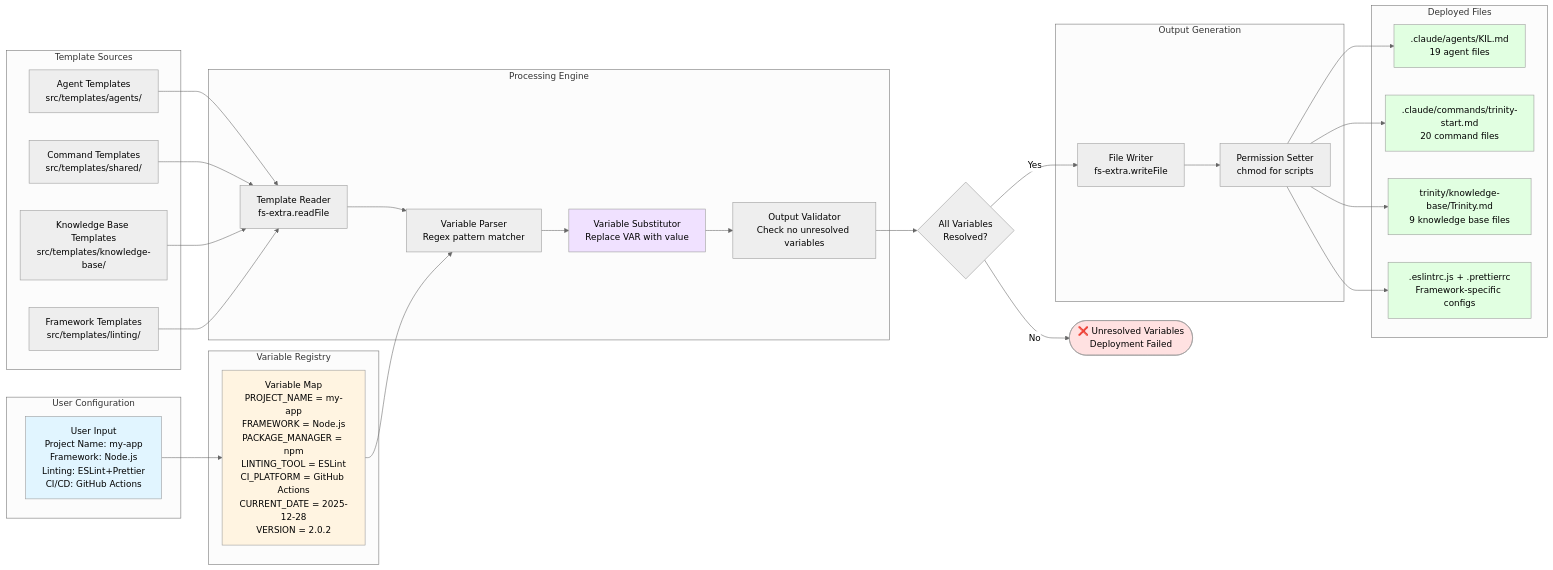
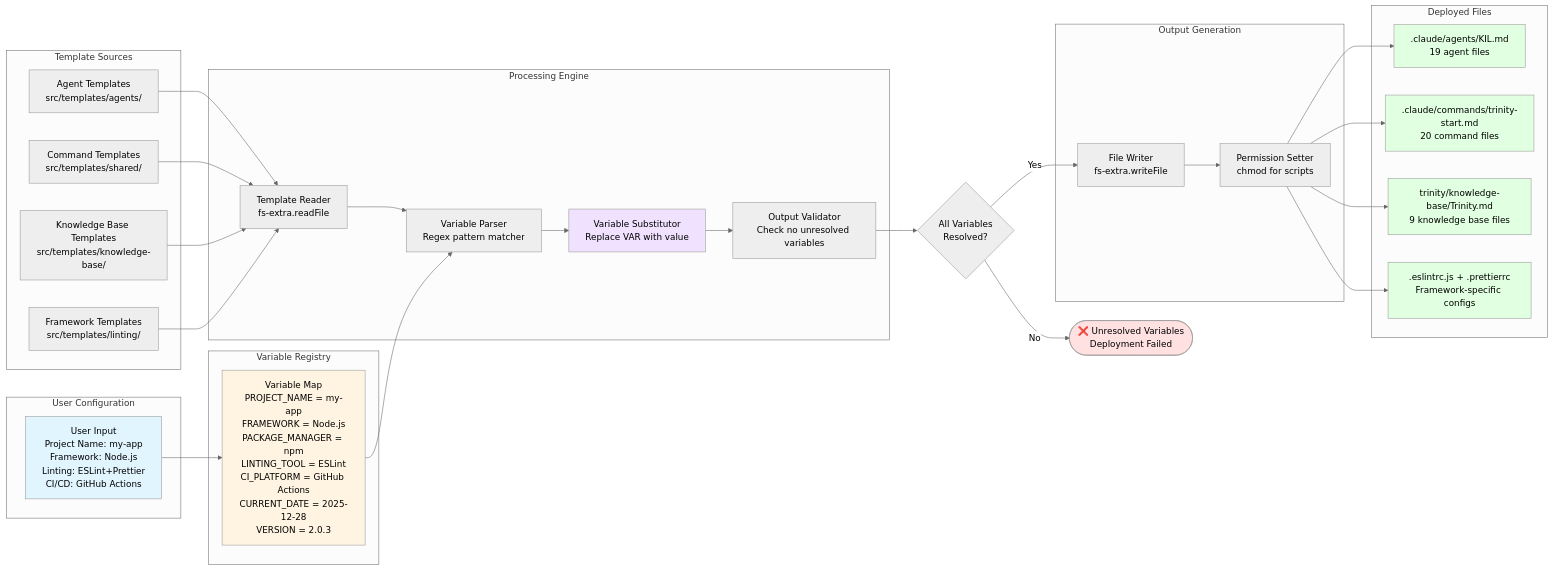
One commit to lukadfagundes/trinity-method-sdk changed the diagram in docs/images/template-processing-pipeline.md. Above: the diagram before and after it, drawn with Mermaid (neutral theme). The commit also changed other lines of this file and 25 other files, not shown here.

````diff
--- a/docs/images/template-processing-pipeline.md
+++ b/docs/images/template-processing-pipeline.md
@@ -3,66 +3,66 @@
 ```mermaid
 flowchart LR
     subgraph "Template Sources"
         T1[Agent Templates<br/>src/templates/agents/]
         T2[Command Templates<br/>src/templates/shared/]
         T3[Knowledge Base Templates<br/>src/templates/knowledge-base/]
         T4[Framework Templates<br/>src/templates/linting/]
     end
 
     subgraph "User Configuration"
         CONFIG[User Input<br/>Project Name: my-app<br/>Framework: Node.js<br/>Linting: ESLint+Prettier<br/>CI/CD: GitHub Actions]
     end
 
     subgraph "Variable Registry"
-        VARS["Variable Map<br/>PROJECT_NAME = my-app<br/>FRAMEWORK = Node.js<br/>PACKAGE_MANAGER = npm<br/>LINTING_TOOL = ESLint<br/>CI_PLATFORM = GitHub Actions<br/>CURRENT_DATE = 2025-12-28<br/>VERSION = 2.0.2"]
+        VARS["Variable Map<br/>PROJECT_NAME = my-app<br/>FRAMEWORK = Node.js<br/>PACKAGE_MANAGER = npm<br/>LINTING_TOOL = ESLint<br/>CI_PLATFORM = GitHub Actions<br/>CURRENT_DATE = 2025-12-28<br/>VERSION = 2.0.3"]
     end
 
     subgraph "Processing Engine"
         READER[Template Reader<br/>fs-extra.readFile]
         PARSER["Variable Parser<br/>Regex pattern matcher"]
         SUBSTITUTOR["Variable Substitutor<br/>Replace VAR with value"]
         VALIDATOR["Output Validator<br/>Check no unresolved variables"]
     end
 
     subgraph "Output Generation"
         WRITER[File Writer<br/>fs-extra.writeFile]
         PERMS[Permission Setter<br/>chmod for scripts]
     end
 
     subgraph "Deployed Files"
         OUT1[.claude/agents/KIL.md<br/>19 agent files]
         OUT2[.claude/commands/trinity-start.md<br/>20 command files]
         OUT3[trinity/knowledge-base/Trinity.md<br/>9 knowledge base files]
         OUT4[.eslintrc.js + .prettierrc<br/>Framework-specific configs]
     end
 
     CONFIG --> VARS
     T1 --> READER
     T2 --> READER
     T3 --> READER
     T4 --> READER
 
     READER --> PARSER
     VARS --> PARSER
     PARSER --> SUBSTITUTOR
     SUBSTITUTOR --> VALIDATOR
 
     VALIDATOR --> DECISION{All Variables<br/>Resolved?}
     DECISION -->|No| ERROR([❌ Unresolved Variables<br/>Deployment Failed])
     DECISION -->|Yes| WRITER
 
     WRITER --> PERMS
     PERMS --> OUT1
     PERMS --> OUT2
     PERMS --> OUT3
     PERMS --> OUT4
 
     style CONFIG fill:#e1f5ff
     style VARS fill:#fff4e1
     style SUBSTITUTOR fill:#f0e1ff
     style OUT1 fill:#e1ffe1
     style OUT2 fill:#e1ffe1
     style OUT3 fill:#e1ffe1
     style OUT4 fill:#e1ffe1
     style ERROR fill:#ffe1e1
 ```
````
